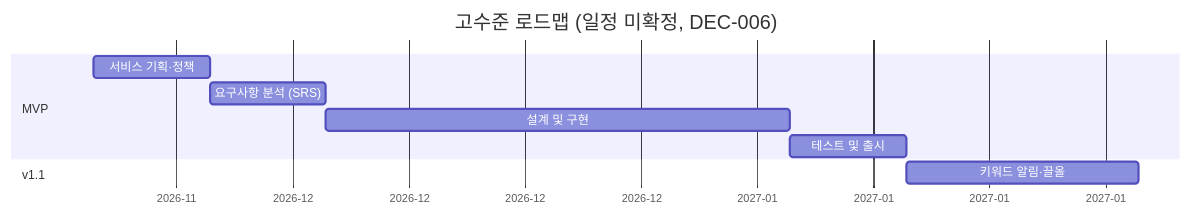
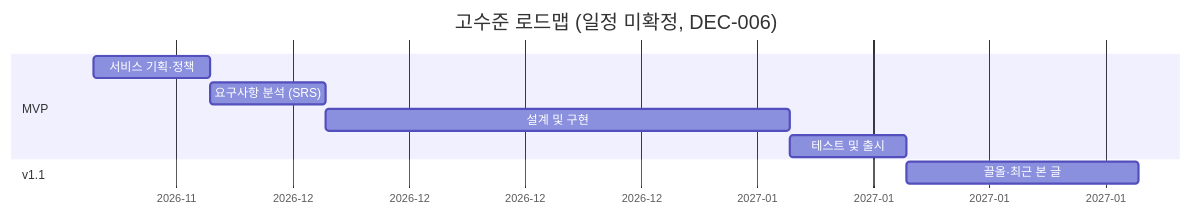
Before and after one commit to yuna14742/sookbak-sookbak: the third of 4 diagrams in waterfall/00-기획/서비스기획서.md, drawn with Mermaid. The commit also changed other lines of this file and 1 other file, not shown here.

````diff
--- a/waterfall/00-기획/서비스기획서.md
+++ b/waterfall/00-기획/서비스기획서.md
@@ -538,15 +544,15 @@
 ```mermaid
 gantt
     title 고수준 로드맵 (일정 미확정, DEC-006)
     dateFormat YYYY-MM-DD
     axisFormat %Y-%m
 
     section MVP
     서비스 기획·정책      :a1, 2026-11-24, 7d
     요구사항 분석 (SRS)   :a2, after a1, 7d
     설계 및 구현          :a3, after a2, 28d
     테스트 및 출시        :a4, after a3, 7d
 
     section v1.1
-    키워드 알림·끌올      :b1, after a4, 14d
+    끌올·최근 본 글       :b1, after a4, 14d
 ```
````
